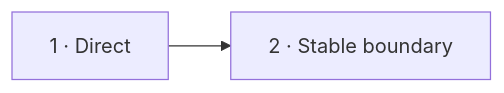
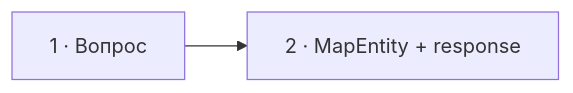
Before and after one commit to savinmikhail/php-backend-interview-video: the diagram in episodes/841862-1payment/visual-plans/21-controller-to-repository.md, drawn with Mermaid. The commit also changed other lines of this file and 5 other files, not shown here.

````diff
--- a/episodes/841862-1payment/visual-plans/21-controller-to-repository.md
+++ b/episodes/841862-1payment/visual-plans/21-controller-to-repository.md
@@ -39,4 +40,4 @@
 ```mermaid
 flowchart LR
-  D["1 · Direct"] --> B["2 · Stable boundary"]
+  Q["1 · Вопрос"] --> C["2 · MapEntity + response"]
 ```
````
